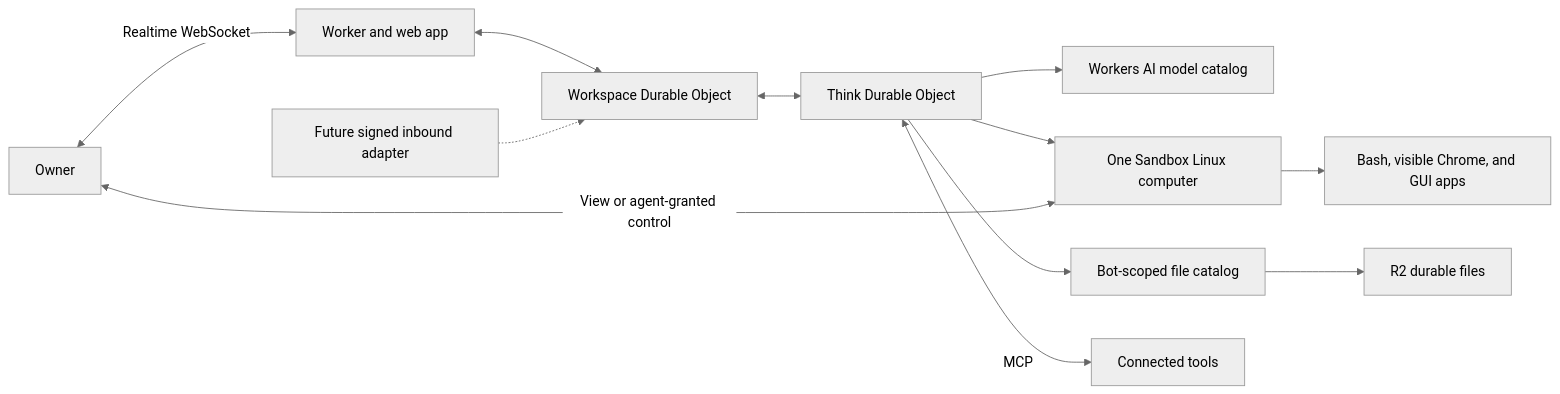
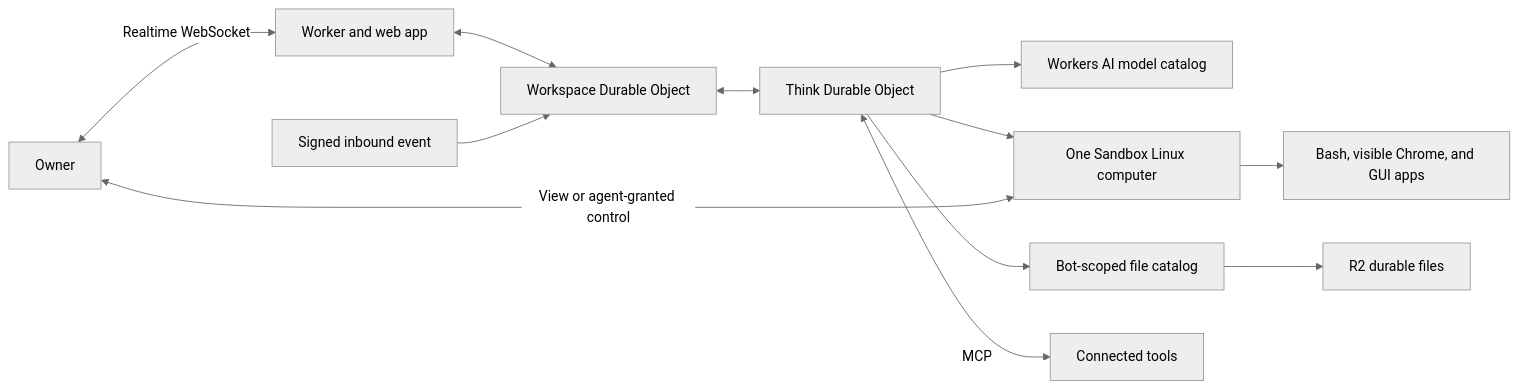
The first of 4 diagrams in docs/architecture.md (HQBase/hqbot), drawn with Mermaid (neutral theme) before and after one commit. The commit also changed other lines of this file and 21 other files, not shown here.

Commit message:
Add signed event triggers with replay protection and setup controls

````diff
--- a/docs/architecture.md
+++ b/docs/architecture.md
@@ -3,14 +3,14 @@
 ```mermaid
 flowchart LR
   Owner[Owner] <-->|Realtime WebSocket| App[Worker and web app]
   App <--> Workspace[Workspace Durable Object]
   Workspace <--> Teammate[Think Durable Object]
   Teammate --> AI[Workers AI model catalog]
   Teammate --> Computer[One Sandbox Linux computer]
   Computer --> Apps[Bash, visible Chrome, and GUI apps]
   Owner <-->|View or agent-granted control| Computer
   Teammate --> Catalog[Bot-scoped file catalog]
   Catalog --> R2[R2 durable files]
   Teammate <-->|MCP| Tools[Connected tools]
-  Trigger[Future signed inbound adapter] -.-> Workspace
+  Trigger[Signed inbound event] --> Workspace
 ```
````
